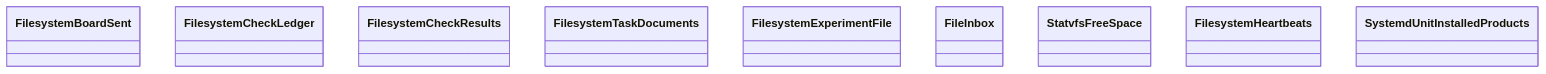
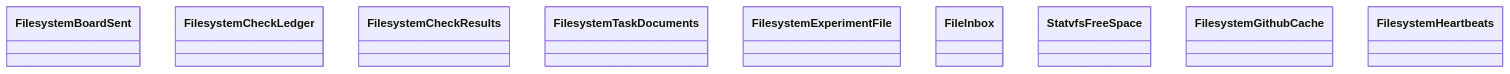
One commit to GonzaloZevallos/agentic-system changed the diagram in docs/architecture/generated/classes-process-adapters-filesystem-1.md. Above: the diagram before and after it, drawn with Mermaid. The commit also changed 22 other files, not shown here.

First line of the commit message:
Split an adapter kind's package page by count when it is over the diagram budget; register GithubCache in the conformance inventory

````diff
--- a/docs/architecture/generated/classes-process-adapters-filesystem-1.md
+++ b/docs/architecture/generated/classes-process-adapters-filesystem-1.md
@@ -12,12 +12,12 @@
 ```mermaid
 classDiagram
     class filesystem__board_sent__FilesystemBoardSent["FilesystemBoardSent"]
     class filesystem__check_ledger__FilesystemCheckLedger["FilesystemCheckLedger"]
     class filesystem__check_results__FilesystemCheckResults["FilesystemCheckResults"]
     class filesystem__documents__FilesystemTaskDocuments["FilesystemTaskDocuments"]
     class filesystem__experiment_file__FilesystemExperimentFile["FilesystemExperimentFile"]
     class filesystem__file_inbox__FileInbox["FileInbox"]
     class filesystem__free_space__StatvfsFreeSpace["StatvfsFreeSpace"]
+    class filesystem__github_cache__FilesystemGithubCache["FilesystemGithubCache"]
     class filesystem__heartbeats__FilesystemHeartbeats["FilesystemHeartbeats"]
-    class filesystem__installed_products__SystemdUnitInstalledProducts["SystemdUnitInstalledProducts"]
 ```
````
